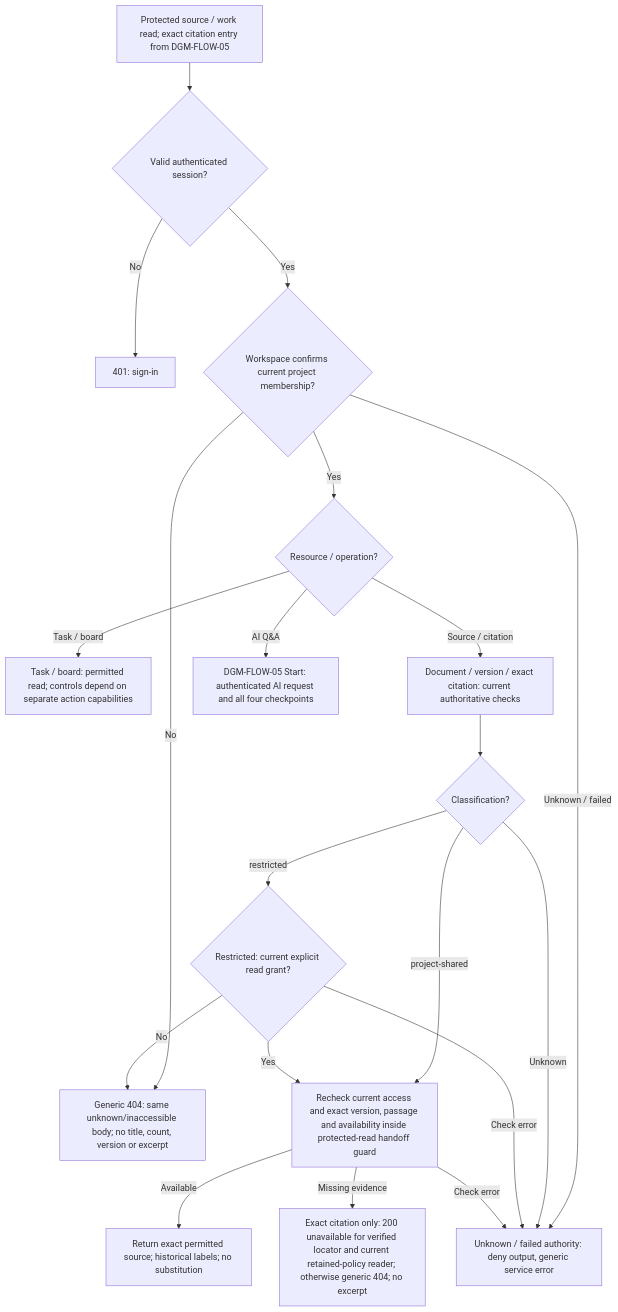
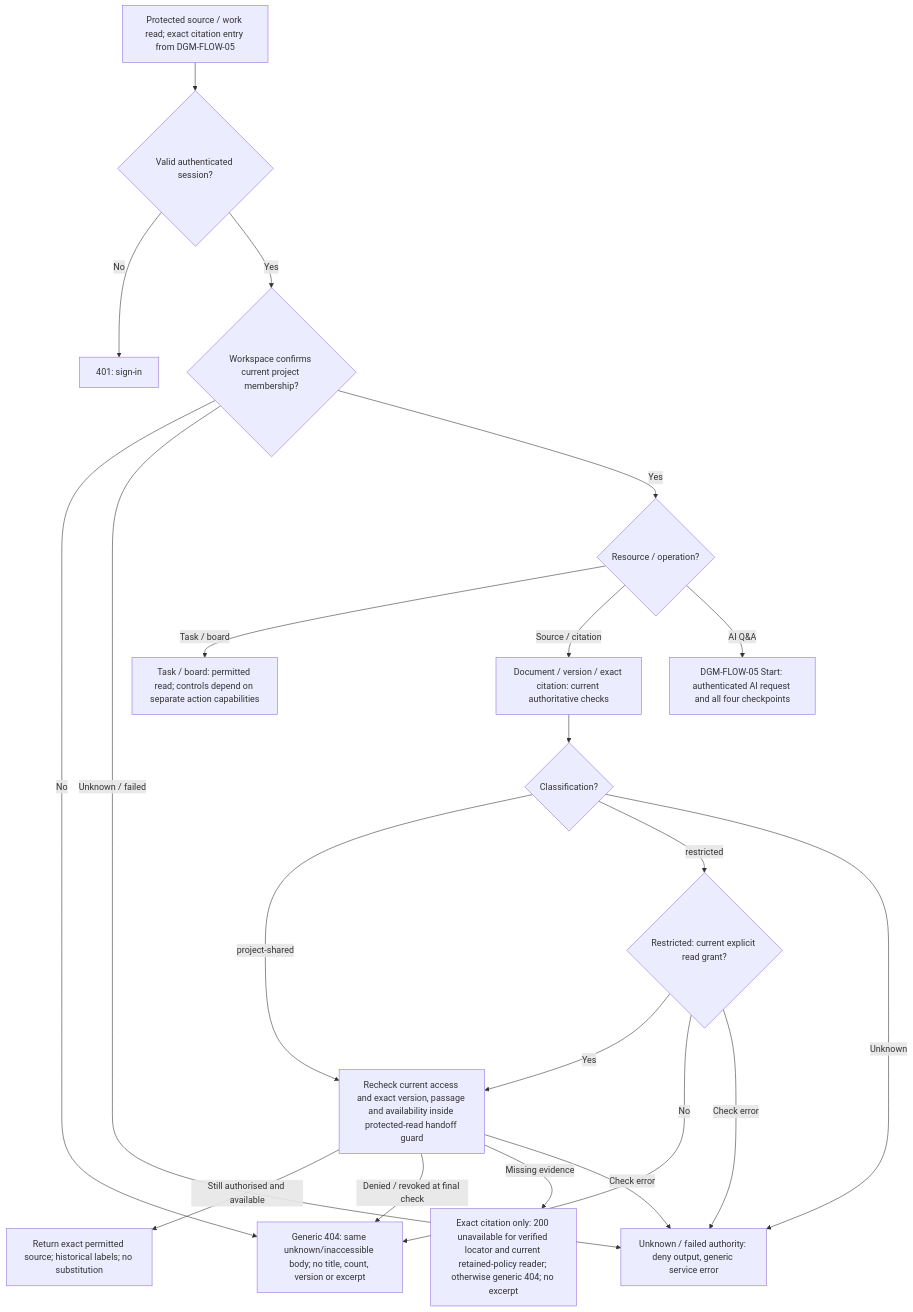
Before and after one commit to 900M100CK/scrum-workspace-KMS-ai: the diagram in docs/sdlc/diagrams/flowchart/permission-read-flow.mmd, drawn with Mermaid. The commit also changed 195 other files, not shown here.

First line of the commit message:
docs: reconcile design diagrams, contracts and review evidence

```diff
--- a/docs/sdlc/diagrams/flowchart/permission-read-flow.mmd
+++ b/docs/sdlc/diagrams/flowchart/permission-read-flow.mmd
@@ -1,42 +1,43 @@
-%% DGM-FLOW-04 v0.6 Draft - 14 October 2026
-%% Origin: docs/ux/permission-matrix.md v0.4
-%% Sources: PRD-01 v0.5; UC-02 v0.3; SAD-03 v0.7; ADR-0007/0009/0011/0012/0013/0015/0016/0017; Workspace OpenAPI v0.2.1; Knowledge OpenAPI v0.2.2
+%% Origin: docs/ux/permission-matrix.md v0.6
+%% DGM-FLOW-04 v0.9 Draft - 17 October 2026
+%% Sources: UX-PERM-MATRIX-02 v0.6; PRD-01 v0.9; UC-02 v0.6; SAD-03 v0.12; ADR-0006; ADR-0007; ADR-0009; ADR-0011; ADR-0012; ADR-0013; ADR-0017
 %% Trace: FR-01, FR-03-FR-04, FR-14, FR-19-FR-21, FR-28-FR-29, FR-39, FR-46, FR-55, FR-59, FR-61, FR-68; SC-05, SC-06
 %% Scope: source/work reads; AIFlow enters DGM-FLOW-05 Start. Citation checkpoint 4 returns here; all checks repeat. Policy and runtime evidence remain unapproved.
 flowchart TD
     Start["Protected source / work read; exact citation entry from DGM-FLOW-05"]
     Session{"Valid authenticated session?"}
     Login["401: sign-in"]
     Member{"Workspace confirms current project membership?"}
     NotFound["Generic 404: same unknown/inaccessible body; no title, count, version or excerpt"]
     Authority["Unknown / failed authority: deny output, generic service error"]
     Type{"Resource / operation?"}
     Work["Task / board: permitted read; controls depend on separate action capabilities"]
     Doc["Document / version / exact citation: current authoritative checks"]
     Classification{"Classification?"}
     Grant{"Restricted: current explicit read grant?"}
     Allowed["Recheck current access and exact version, passage and availability inside protected-read handoff guard"]
     View["Return exact permitted source; historical labels; no substitution"]
     Unavailable["Exact citation only: 200 unavailable for verified locator and current retained-policy reader; otherwise generic 404; no excerpt"]
     AIFlow["DGM-FLOW-05 Start: authenticated AI request and all four checkpoints"]
     Start --> Session
     Session -->|No| Login
     Session -->|Yes| Member
     Member -->|No| NotFound
     Member -->|Unknown / failed| Authority
     Member -->|Yes| Type
     Type -->|Task / board| Work
     Type -->|Source / citation| Doc
     Doc --> Classification
     Classification -->|project-shared| Allowed
     Classification -->|restricted| Grant
     Classification -->|Unknown| Authority
     Grant -->|Yes| Allowed
     Grant -->|No| NotFound
     Grant -->|Check error| Authority
-    Allowed -->|Available| View
+    Allowed -->|Still authorised and available| View
+    Allowed -->|Denied / revoked at final check| NotFound
     Allowed -->|Missing evidence| Unavailable
     Allowed -->|Check error| Authority
     Type -->|AI Q&A| AIFlow
 
 %% Amendment: owner-confirmed partial answers, unavailable identity and membership rules; rendered review pending.
```
